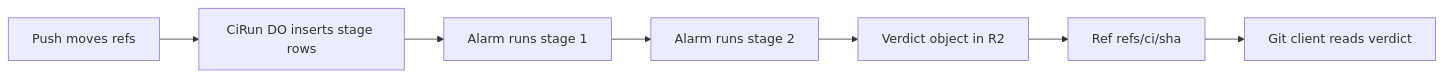
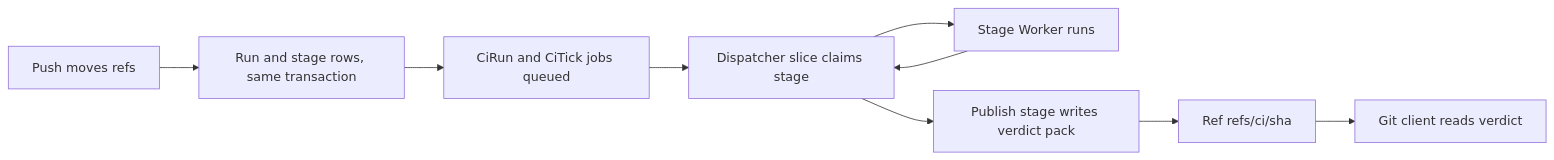
Before and after one commit to idl3/git-edge: the diagram in plain/alarm-chain-ci.md, drawn with Mermaid. The commit also changed other lines of this file and 65 other files, not shown here.

````diff
--- a/plain/alarm-chain-ci.md
+++ b/plain/alarm-chain-ci.md
@@ -35,9 +41,11 @@
 ```mermaid
 flowchart LR
-    P["Push moves refs"] --> S["CiRun DO inserts stage rows"]
-    S --> A["Alarm runs stage 1"]
-    A --> B["Alarm runs stage 2"]
-    B --> V["Verdict object in R2"]
+    P["Push moves refs"] --> O["Run and stage rows, same transaction"]
+    O --> J["CiRun and CiTick jobs queued"]
+    J --> D["Dispatcher slice claims stage"]
+    D --> S["Stage Worker runs"]
+    S --> D
+    D --> V["Publish stage writes verdict pack"]
     V --> R["Ref refs/ci/sha"]
     R --> C["Git client reads verdict"]
 ```
````
